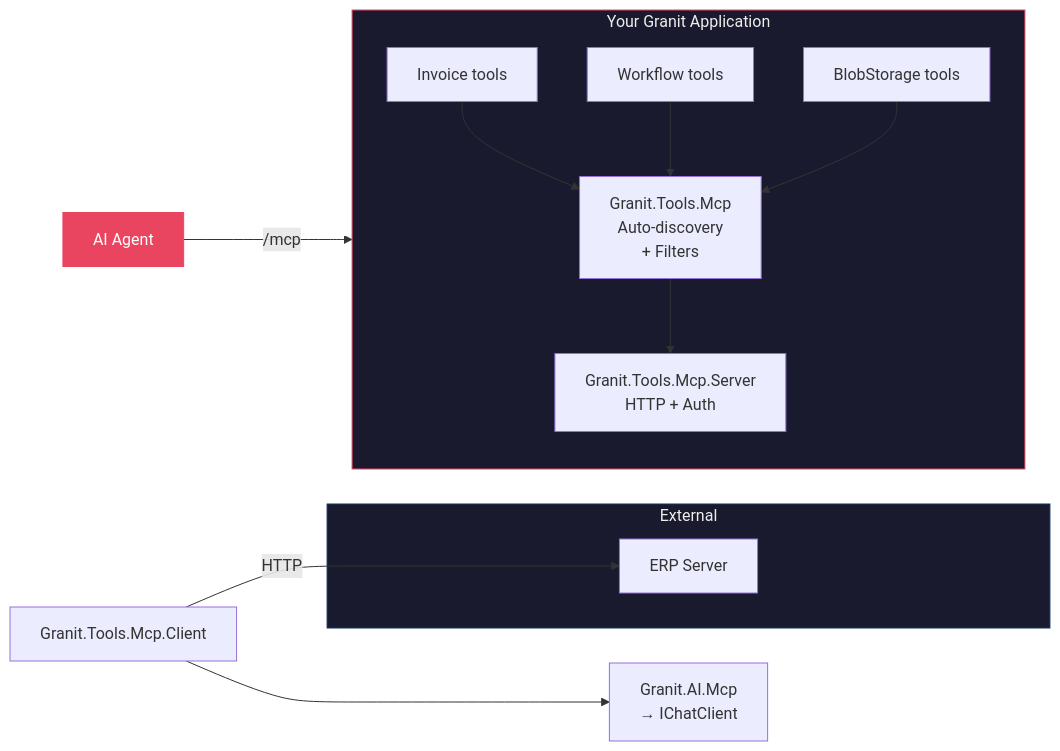
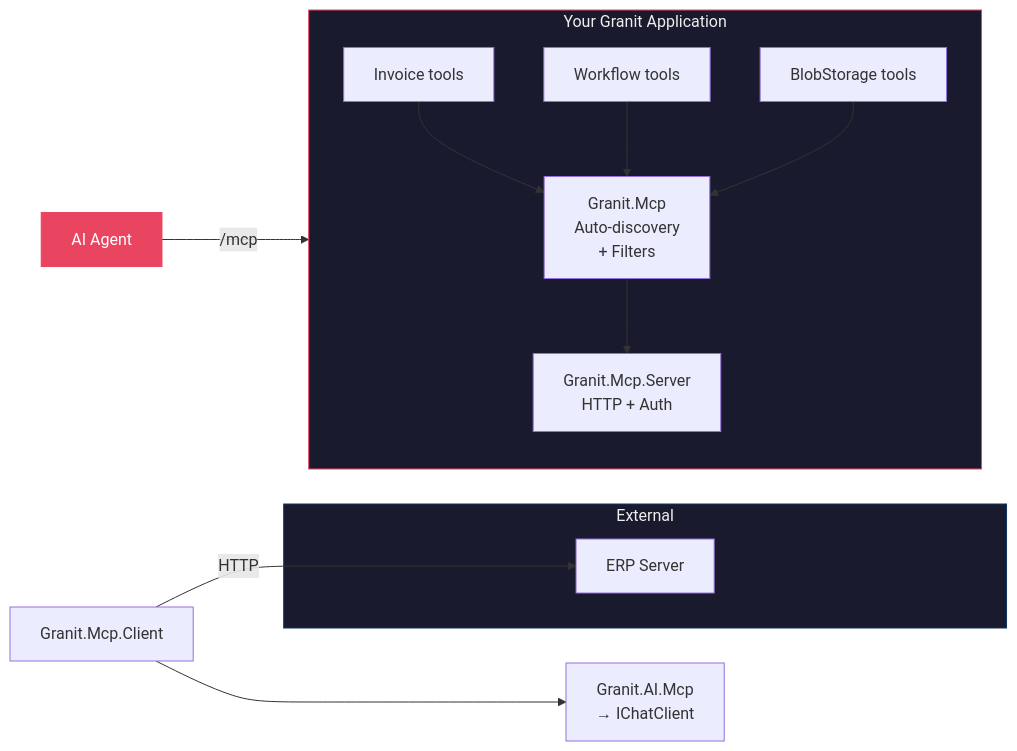
One commit to granit-fx/granit-docs changed the second of 2 diagrams in src/content/docs/blog/let-ai-agents-use-your-dotnet-modules.mdx. Above: the diagram before and after it, drawn with Mermaid. The commit also changed other lines of this file and 48 other files, not shown here.

````diff
--- a/src/content/docs/blog/let-ai-agents-use-your-dotnet-modules.mdx
+++ b/src/content/docs/blog/let-ai-agents-use-your-dotnet-modules.mdx
@@ -76,23 +76,23 @@
 ```mermaid
 flowchart LR
     subgraph app["Your Granit Application"]
         direction TB
-        T1["Invoice tools"] --> MCP["Granit.Tools.Mcp\nAuto-discovery\n+ Filters"]
+        T1["Invoice tools"] --> MCP["Granit.Mcp\nAuto-discovery\n+ Filters"]
         T2["Workflow tools"] --> MCP
         T3["BlobStorage tools"] --> MCP
-        MCP --> SRV["Granit.Tools.Mcp.Server\nHTTP + Auth"]
+        MCP --> SRV["Granit.Mcp.Server\nHTTP + Auth"]
     end
 
     AI["AI Agent"] -- "/mcp" --> SRV
 
     subgraph ext["External"]
         ERP["ERP Server"]
     end
 
-    CLI["Granit.Tools.Mcp.Client"] -- "HTTP" --> ERP
+    CLI["Granit.Mcp.Client"] -- "HTTP" --> ERP
     CLI --> AIM["Granit.AI.Mcp\n→ IChatClient"]
 
     style app fill:#1a1a2e,stroke:#e94560,color:#eee
     style ext fill:#1a1a2e,stroke:#0f3460,color:#eee
     style AI fill:#e94560,stroke:#e94560,color:#fff
 ```
````
